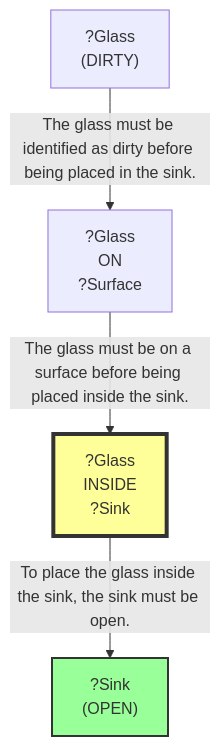
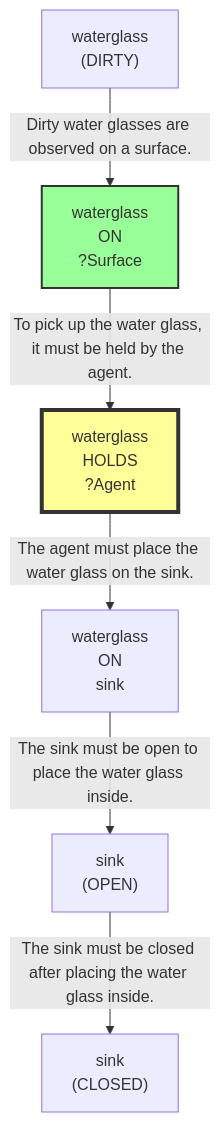
The eighth of 10 diagrams in evaluation/results/table4/_raw/qwen/run_T4_qwen_M1_03.md (scuama/virtualhome), drawn with Mermaid before and after one commit. The commit also changed other lines of this file and 368 other files, not shown here.

````diff
--- a/evaluation/results/table4/_raw/qwen/run_T4_qwen_M1_03.md
+++ b/evaluation/results/table4/_raw/qwen/run_T4_qwen_M1_03.md
@@ -746,12 +643,16 @@
 ```mermaid
 graph TD
-    N1["?Glass<br>(DIRTY)"]
-    N2["?Glass<br>ON<br>?Surface"]
-    N3["?Glass<br>INSIDE<br>?Sink"]
+    N1["waterglass<br>(DIRTY)"]
+    N2["waterglass<br>ON<br>?Surface"]
+    style N2 fill:#9f9,stroke:#333,stroke-width:2px
+    N3["waterglass<br>HOLDS<br>?Agent"]
     style N3 fill:#ff9,stroke:#333,stroke-width:4px
-    N4["?Sink<br>(OPEN)"]
-    style N4 fill:#9f9,stroke:#333,stroke-width:2px
-    N3 -->|"To place the glass inside the sink, the sink must be open."| N4
-    N2 -->|"The glass must be on a surface before being placed inside the sink."| N3
-    N1 -->|"The glass must be identified as dirty before being placed in the sink."| N2
+    N4["waterglass<br>ON<br>sink"]
+    N5["sink<br>(OPEN)"]
+    N6["sink<br>(CLOSED)"]
+    N1 -->|"Dirty water glasses are observed on a surface."| N2
+    N2 -->|"To pick up the water glass, it must be held by the agent."| N3
+    N3 -->|"The agent must place the water glass on the sink."| N4
+    N4 -->|"The sink must be open to place the water glass inside."| N5
+    N5 -->|"The sink must be closed after placing the water glass inside."| N6
 ```
````
